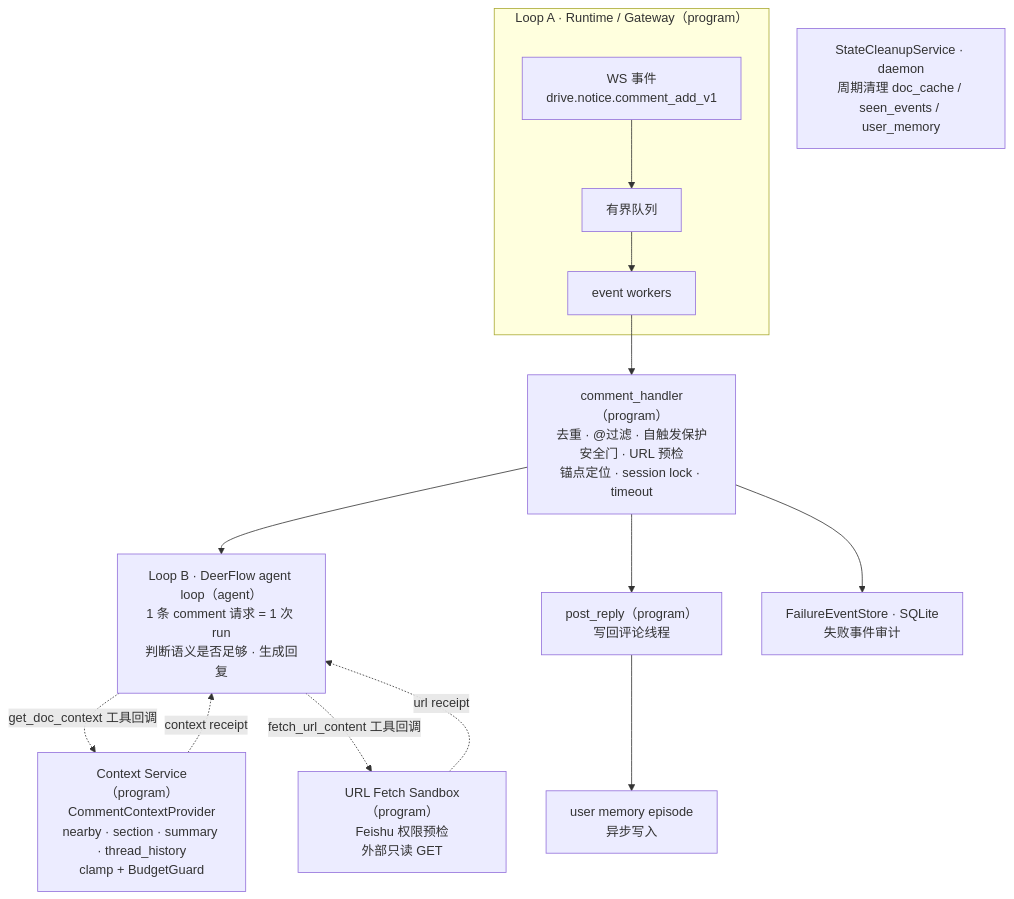
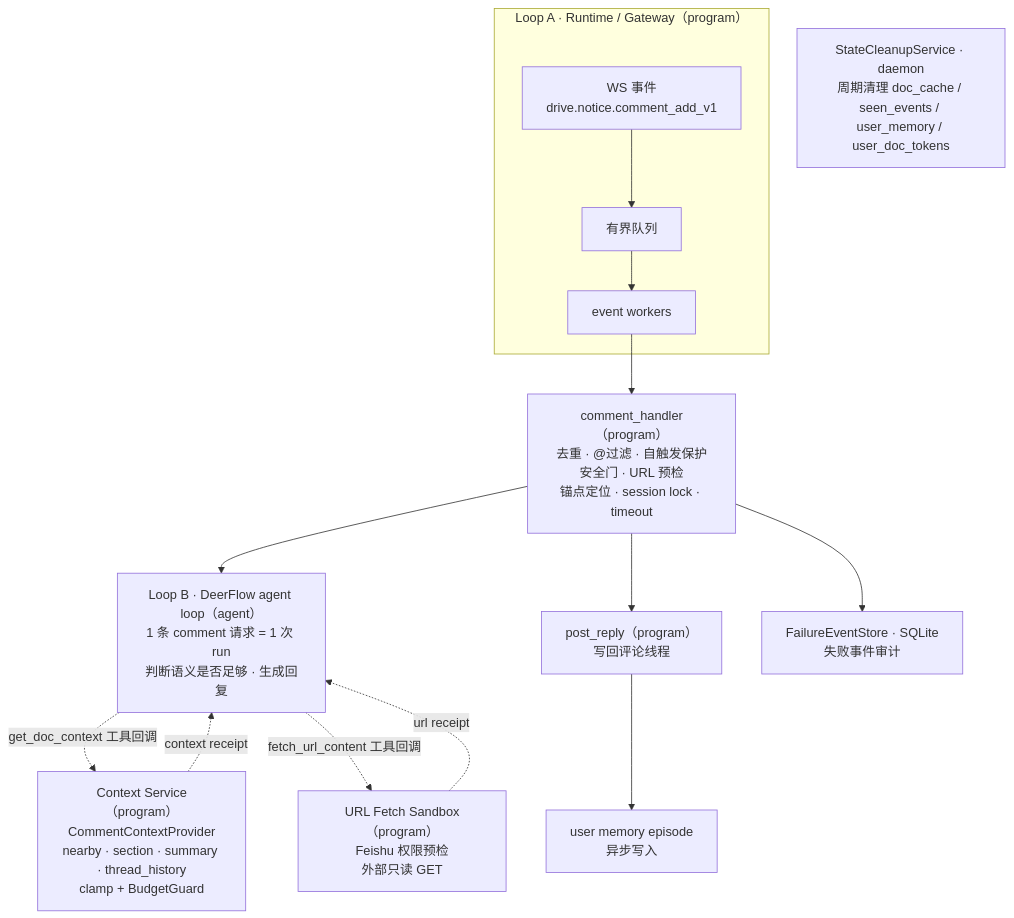
Before and after one commit to permanentstar/lark-doc-whisper: the first of 7 diagrams in docs/lark_doc_whisper_architecture.zh-CN.md, drawn with Mermaid. The commit also changed other lines of this file and 21 other files, not shown here.

````diff
--- a/docs/lark_doc_whisper_architecture.zh-CN.md
+++ b/docs/lark_doc_whisper_architecture.zh-CN.md
@@ -15,23 +15,23 @@
 ```mermaid
 flowchart TD
   subgraph A["Loop A · Runtime / Gateway（program）"]
     WS["WS 事件<br/>drive.notice.comment_add_v1"] --> Q["有界队列"]
     Q --> W["event workers"]
   end
 
   W --> H["comment_handler（program）<br/>去重 · @过滤 · 自触发保护<br/>安全门 · URL 预检<br/>锚点定位 · session lock · timeout"]
 
   H --> B["Loop B · DeerFlow agent loop（agent）<br/>1 条 comment 请求 = 1 次 run<br/>判断语义是否足够 · 生成回复"]
 
   B -. "get_doc_context 工具回调" .-> C["Context Service（program）<br/>CommentContextProvider<br/>nearby · section · summary · thread_history<br/>clamp + BudgetGuard"]
   C -. "context receipt" .-> B
 
   B -. "fetch_url_content 工具回调" .-> U["URL Fetch Sandbox（program）<br/>Feishu 权限预检<br/>外部只读 GET"]
   U -. "url receipt" .-> B
 
   H --> P["post_reply（program）<br/>写回评论线程"]
   P --> M["user memory episode<br/>异步写入"]
   H --> F["FailureEventStore · SQLite<br/>失败事件审计"]
 
-  CL["StateCleanupService · daemon<br/>周期清理 doc_cache / seen_events / user_memory"]
+  CL["StateCleanupService · daemon<br/>周期清理 doc_cache / seen_events / user_memory / user_doc_tokens"]
 ```
````
